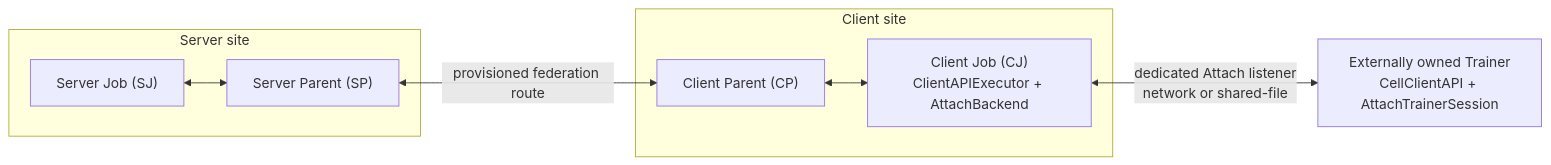
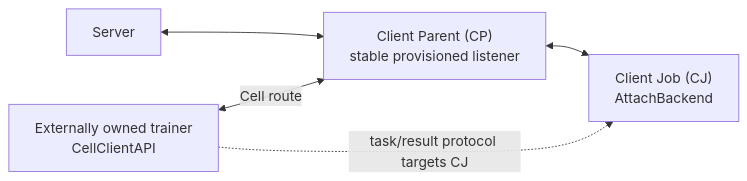
Before and after one commit to NVIDIA/NVFlare: the first of 2 diagrams in docs/design/client_api_attach_mode.md, drawn with Mermaid. The commit also changed other lines of this file and 20 other files, not shown here.

Commit message:
Route Client API Attach through the site CP

````diff
--- a/docs/design/client_api_attach_mode.md
+++ b/docs/design/client_api_attach_mode.md
@@ -26,16 +19,7 @@
 ```mermaid
 flowchart LR
-    subgraph server_site["Server site"]
-        SP["Server Parent (SP)"]
-        SJ["Server Job (SJ)"]
-        SJ <--> SP
-    end
-    subgraph client_site["Client site"]
-        CP["Client Parent (CP)"]
-        CJ["Client Job (CJ)<br/>ClientAPIExecutor + AttachBackend"]
-        CP <--> CJ
-    end
-    T["Externally owned Trainer<br/>CellClientAPI + AttachTrainerSession"]
-    SP <-- "provisioned federation route" --> CP
-    CJ <-- "dedicated Attach listener<br/>network or shared-file" --> T
+    S["Server"] <--> CP["Client Parent (CP)<br/>stable provisioned listener"]
+    CP <--> CJ["Client Job (CJ)<br/>AttachBackend"]
+    T["Externally owned trainer<br/>CellClientAPI"] <-- "Cell route" --> CP
+    T -. "task/result protocol targets CJ" .-> CJ
 ```
````
